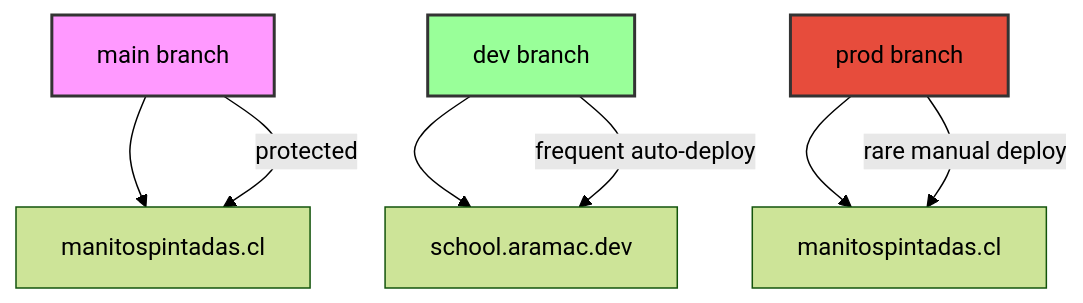
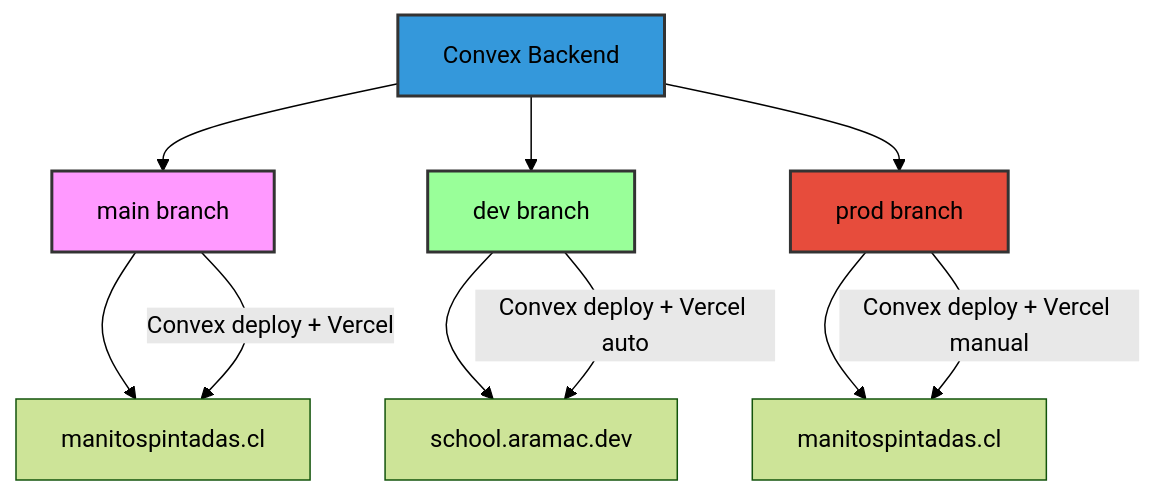
Before and after one commit to hinoki-ai/plataforma-DEV: the first of 2 diagrams in DEPLOYMENT.md, drawn with Mermaid (forest theme). The commit also changed other lines of this file, not shown here.

Commit message:
Update deployment documentation to reflect Convex backend migration

````diff
--- a/DEPLOYMENT.md
+++ b/DEPLOYMENT.md
@@ -7,14 +7,19 @@
 ```mermaid
 graph TB
     A[main branch] --> B[manitospintadas.cl]
     C[dev branch] --> D[school.aramac.dev]
     E[prod branch] --> F[manitospintadas.cl]
 
-    A --> |protected| B
-    C --> |frequent auto-deploy| D
-    E --> |rare manual deploy| F
+    A --> |Convex deploy + Vercel| B
+    C --> |Convex deploy + Vercel auto| D
+    E --> |Convex deploy + Vercel manual| F
+
+    G[Convex Backend] --> A
+    G --> C
+    G --> E
 
     style A fill:#f9f,stroke:#333,stroke-width:2px
     style C fill:#9f9,stroke:#333,stroke-width:2px
     style E fill:#e74c3c,stroke:#333,stroke-width:2px
+    style G fill:#3498db,stroke:#333,stroke-width:2px
 ```
````
